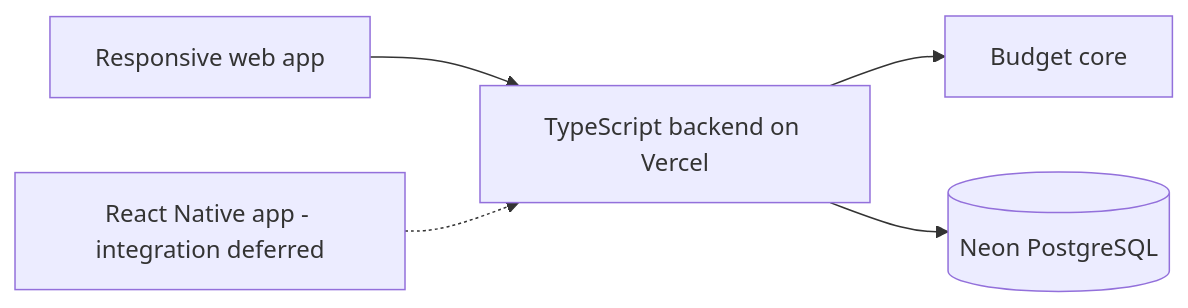
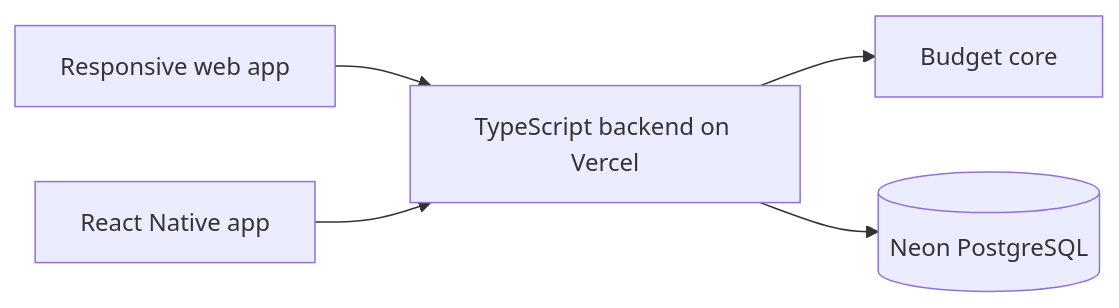
The first of 2 diagrams in Architecture.md (PhillipNguyenCong/BudgetBuilderDanskeBank), drawn with Mermaid before and after one commit. The commit also changed other lines of this file and 77 other files, not shown here.

````diff
--- a/Architecture.md
+++ b/Architecture.md
@@ -21,7 +21,7 @@
 ```mermaid
 flowchart LR
   W[Responsive web app] --> B[TypeScript backend on Vercel]
-  M[React Native app - integration deferred] -.-> B
+  M[React Native app] --> B
   B --> C[Budget core]
   B --> D[(Neon PostgreSQL)]
 ```
````
